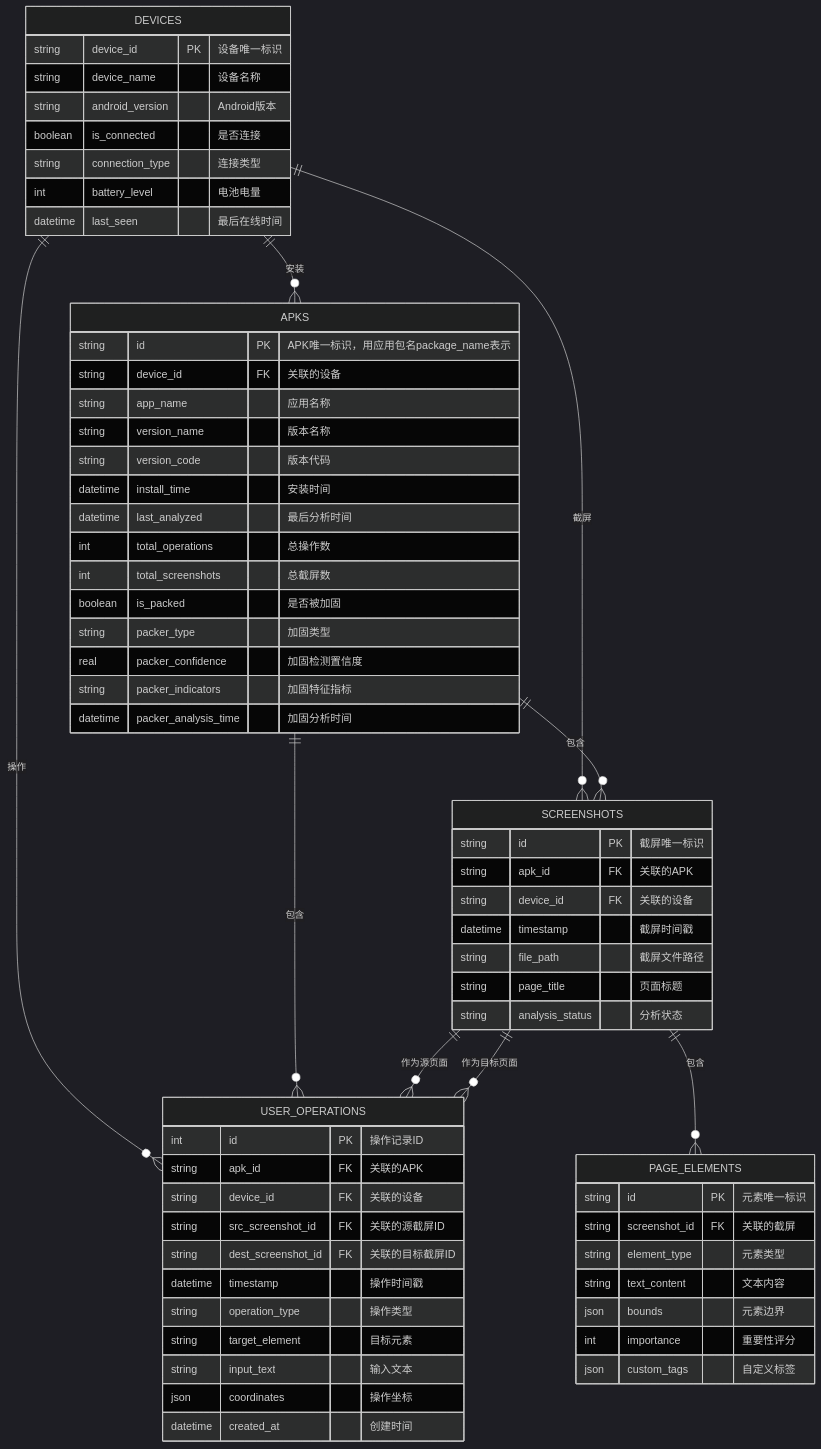
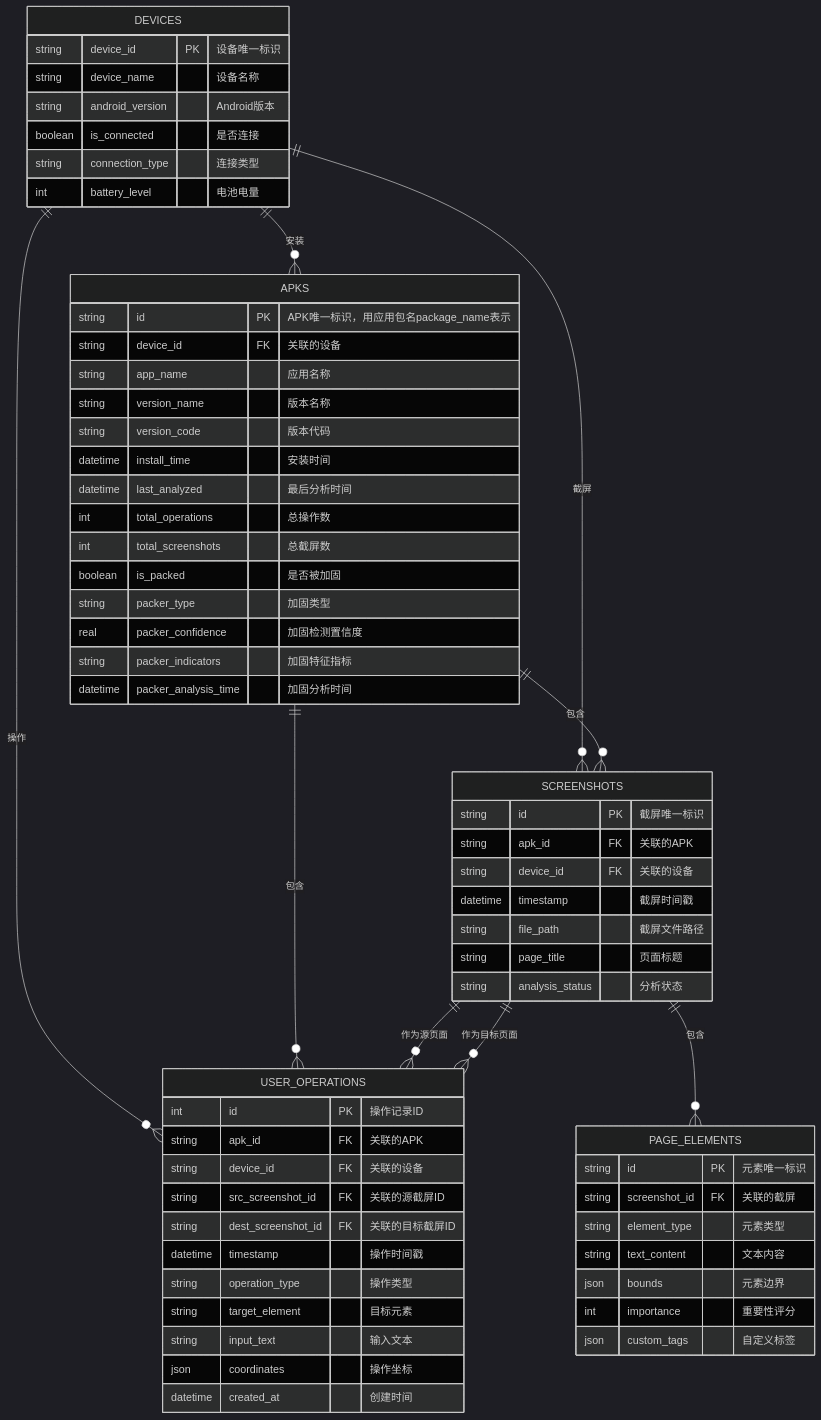
The diagram in autodroid-analyzer/DESIGN.md (terminail/autodroid), drawn with Mermaid (dark theme) before and after one commit. The commit also changed 34 other files, not shown here.

````diff
--- a/autodroid-analyzer/DESIGN.md
+++ b/autodroid-analyzer/DESIGN.md
@@ -503,72 +503,71 @@
 ```mermaid
 erDiagram
     DEVICES {
         string device_id PK "设备唯一标识"
         string device_name "设备名称"
         string android_version "Android版本"
         boolean is_connected "是否连接"
         string connection_type "连接类型"
         int battery_level "电池电量"
-        datetime last_seen "最后在线时间"
     }
     
     APKS {
         string id PK "APK唯一标识，用应用包名package_name表示"
         string device_id FK "关联的设备"
         string app_name "应用名称"
         string version_name "版本名称"
         string version_code "版本代码"
         datetime install_time "安装时间"
         datetime last_analyzed "最后分析时间"
         int total_operations "总操作数"
         int total_screenshots "总截屏数"
         boolean is_packed "是否被加固"
         string packer_type "加固类型"
         real packer_confidence "加固检测置信度"
         string packer_indicators "加固特征指标"
         datetime packer_analysis_time "加固分析时间"
     }
     
     SCREENSHOTS {
         string id PK "截屏唯一标识"
         string apk_id FK "关联的APK"
         string device_id FK "关联的设备"
         datetime timestamp "截屏时间戳"
         string file_path "截屏文件路径"
         string page_title "页面标题"
         string analysis_status "分析状态"
     }
     
     USER_OPERATIONS {
         int id PK "操作记录ID"
         string apk_id FK "关联的APK"
         string device_id FK "关联的设备"
         string src_screenshot_id FK "关联的源截屏ID"
         string dest_screenshot_id FK "关联的目标截屏ID"
         datetime timestamp "操作时间戳"
         string operation_type "操作类型"
         string target_element "目标元素"
         string input_text "输入文本"
         json coordinates "操作坐标"
         datetime created_at "创建时间"
     }
     
     PAGE_ELEMENTS {
         string id PK "元素唯一标识"
         string screenshot_id FK "关联的截屏"
         string element_type "元素类型"
         string text_content "文本内容"
         json bounds "元素边界"
         int importance "重要性评分"
         json custom_tags "自定义标签"
     }
     
     DEVICES ||--o{ APKS : "安装"
     DEVICES ||--o{ SCREENSHOTS : "截屏"
     DEVICES ||--o{ USER_OPERATIONS : "操作"
     APKS ||--o{ SCREENSHOTS : "包含"
     APKS ||--o{ USER_OPERATIONS : "包含"
     SCREENSHOTS ||--o{ USER_OPERATIONS : "作为源页面"
     SCREENSHOTS ||--o{ USER_OPERATIONS : "作为目标页面"
     SCREENSHOTS ||--o{ PAGE_ELEMENTS : "包含"
 ```
````
